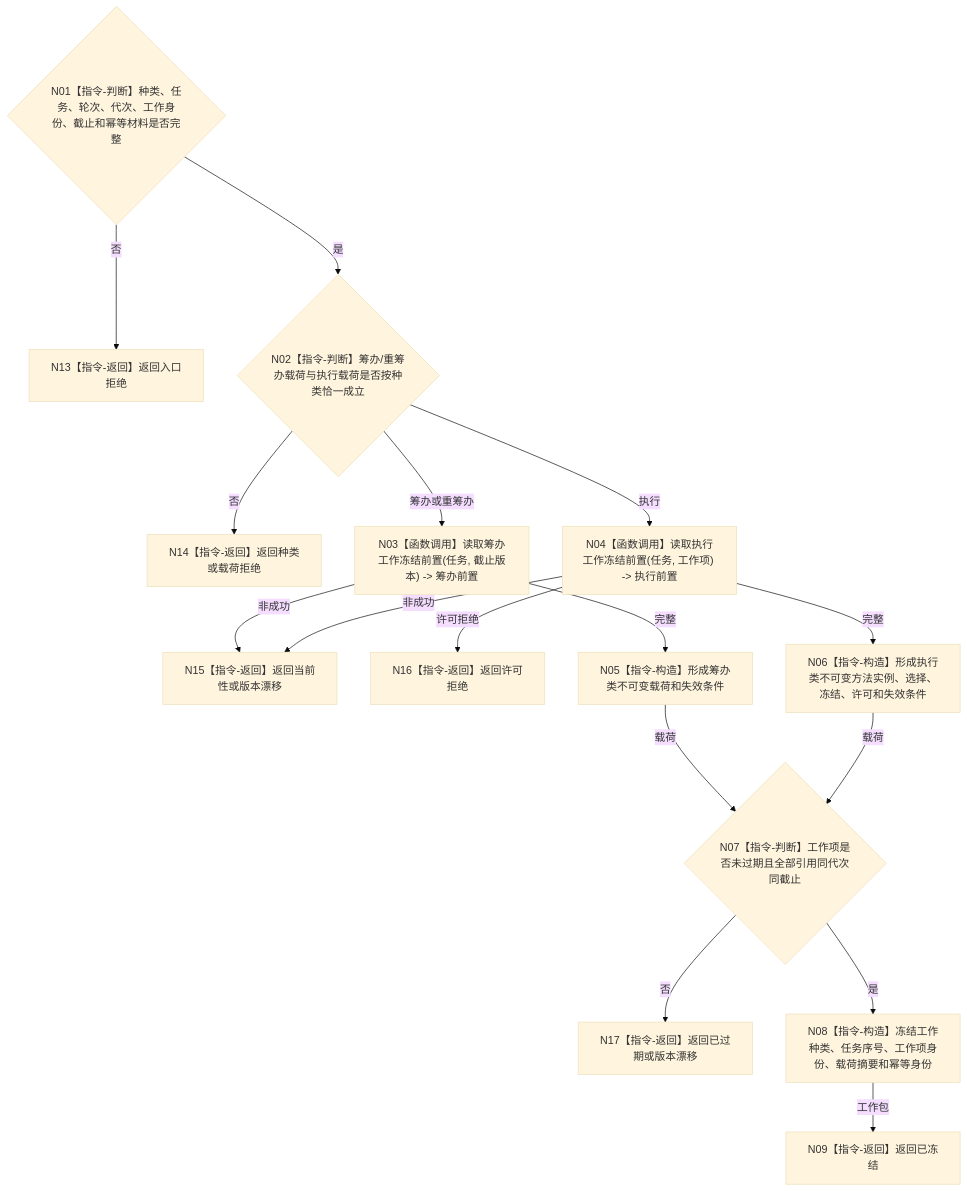
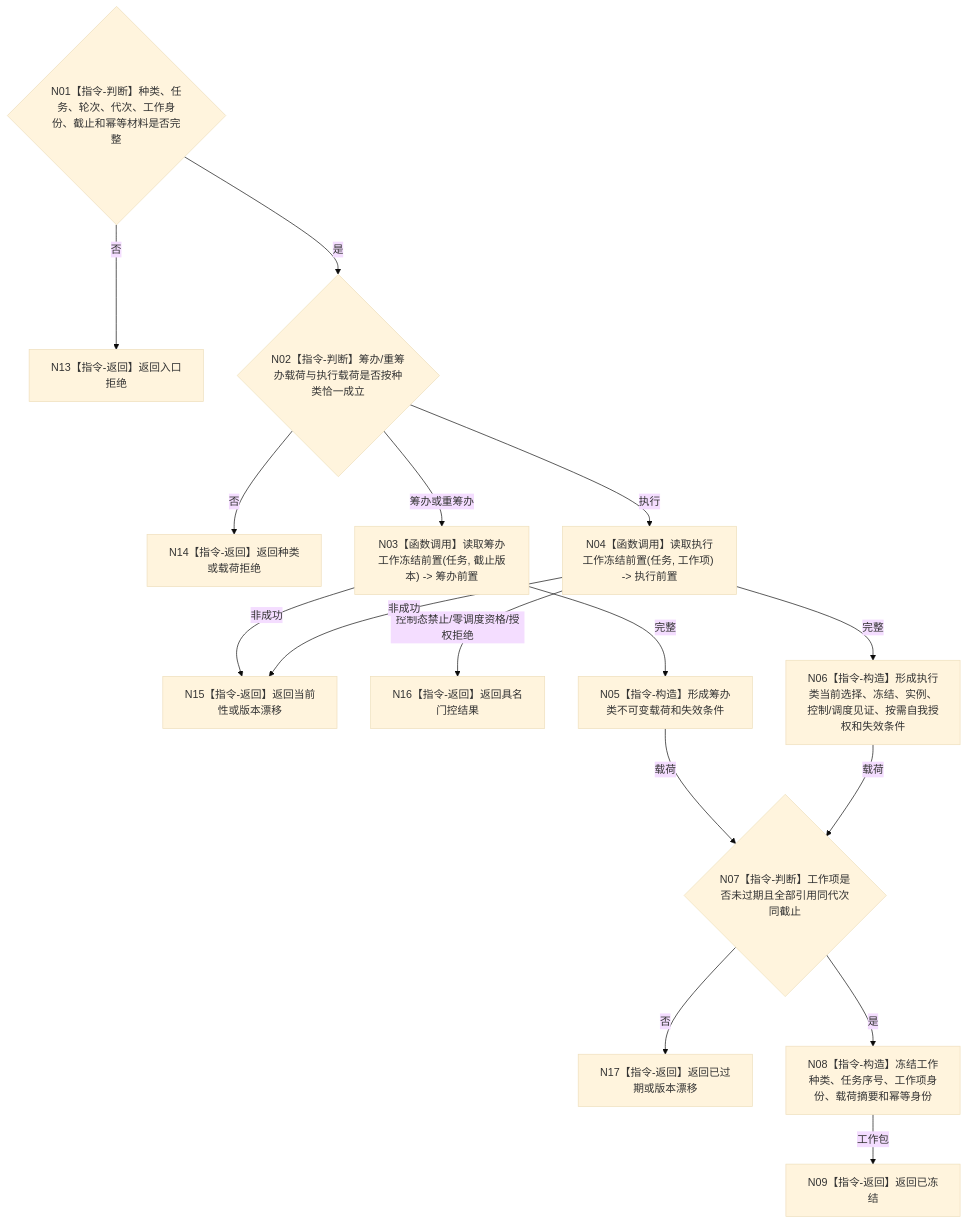
The diagram in 流程图/目标业务流程图/L3/BIZ-L3-004-04-01_冻结任务工作请求_目标函数流程图_v0.1.md (chunhaizh-cyber/HY-Ego), drawn with Mermaid (base theme) before and after one commit. The commit also changed other lines of this file and 35 other files, not shown here.

````diff
--- a/流程图/目标业务流程图/L3/BIZ-L3-004-04-01_冻结任务工作请求_目标函数流程图_v0.1.md
+++ b/流程图/目标业务流程图/L3/BIZ-L3-004-04-01_冻结任务工作请求_目标函数流程图_v0.1.md
@@ -30,18 +30,18 @@
 ```mermaid
 flowchart TD
     N01{"N01【指令-判断】种类、任务、轮次、代次、工作身份、截止和幂等材料是否完整"} -->|否| N13["N13【指令-返回】返回入口拒绝"]
     N01 -->|是| N02{"N02【指令-判断】筹办/重筹办载荷与执行载荷是否按种类恰一成立"}
     N02 -->|否| N14["N14【指令-返回】返回种类或载荷拒绝"]
     N02 -->|筹办或重筹办| N03["N03【函数调用】读取筹办工作冻结前置(任务, 截止版本) -> 筹办前置"]
     N02 -->|执行| N04["N04【函数调用】读取执行工作冻结前置(任务, 工作项) -> 执行前置"]
     N03 -->|非成功| N15["N15【指令-返回】返回当前性或版本漂移"]
-    N04 -->|许可拒绝| N16["N16【指令-返回】返回许可拒绝"]
+    N04 -->|控制态禁止/零调度资格/授权拒绝| N16["N16【指令-返回】返回具名门控结果"]
     N04 -->|非成功| N15
     N03 -->|完整| N05["N05【指令-构造】形成筹办类不可变载荷和失效条件"]
-    N04 -->|完整| N06["N06【指令-构造】形成执行类不可变方法实例、选择、冻结、许可和失效条件"]
+    N04 -->|完整| N06["N06【指令-构造】形成执行类当前选择、冻结、实例、控制/调度见证、按需自我授权和失效条件"]
     N05 -->|载荷| N07{"N07【指令-判断】工作项是否未过期且全部引用同代次同截止"}
     N06 -->|载荷| N07
     N07 -->|否| N17["N17【指令-返回】返回已过期或版本漂移"]
     N07 -->|是| N08["N08【指令-构造】冻结工作种类、任务序号、工作项身份、载荷摘要和幂等身份"]
     N08 -->|工作包| N09["N09【指令-返回】返回已冻结"]
 ```
````
